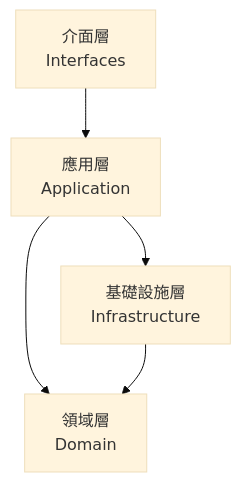
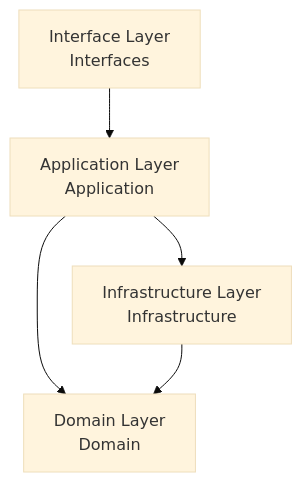
The first of 2 diagrams in docs/en/architecture/layered-architecture-design.md (humank/genai-demo), drawn with Mermaid (base theme) before and after one commit. The commit also changed other lines of this file and 583 other files, not shown here.

````diff
--- a/docs/en/architecture/layered-architecture-design.md
+++ b/docs/en/architecture/layered-architecture-design.md
@@ -63,7 +61,7 @@
 ```mermaid
 graph TD
-    A[介面層<br/>Interfaces] --> B[應用層<br/>Application]
-    B --> C[領域層<br/>Domain]
-    B --> D[基礎設施層<br/>Infrastructure]
+    A[Interface Layer<br/>Interfaces] --> B[Application Layer<br/>Application]
+    B --> C[Domain Layer<br/>Domain]
+    B --> D[Infrastructure Layer<br/>Infrastructure]
     D --> C
 ```
````
